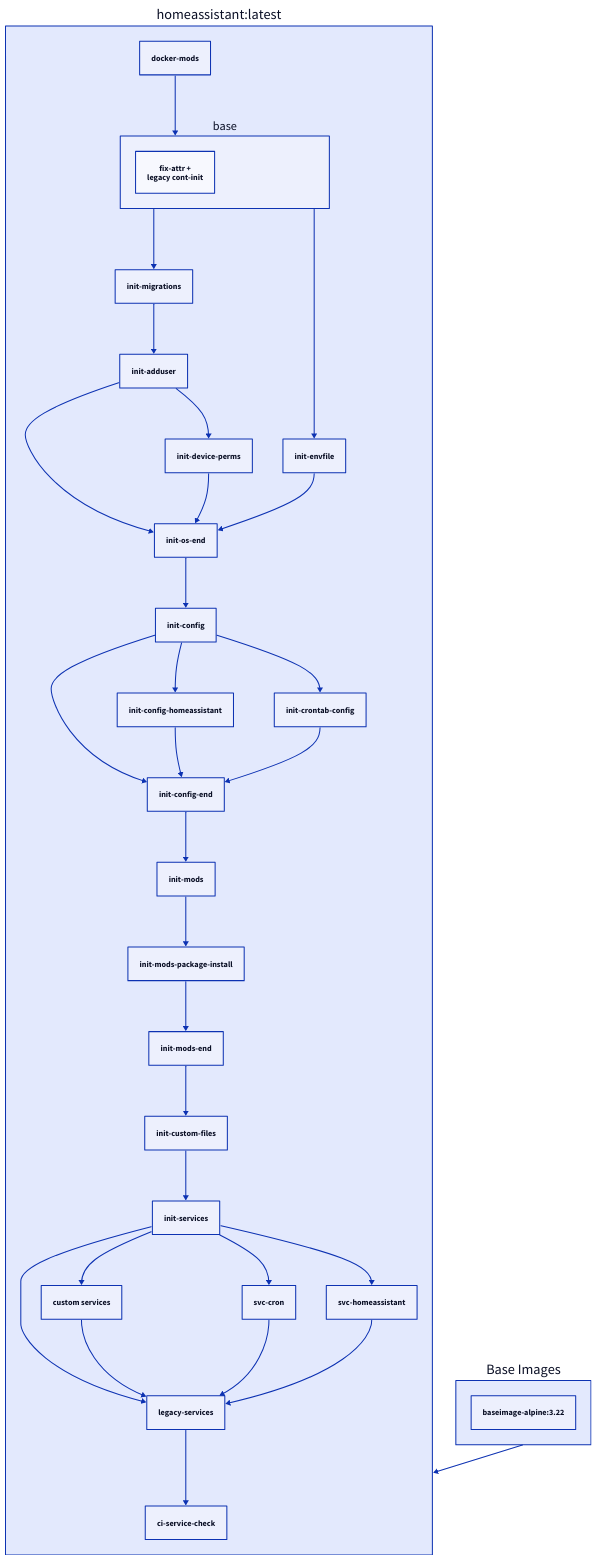
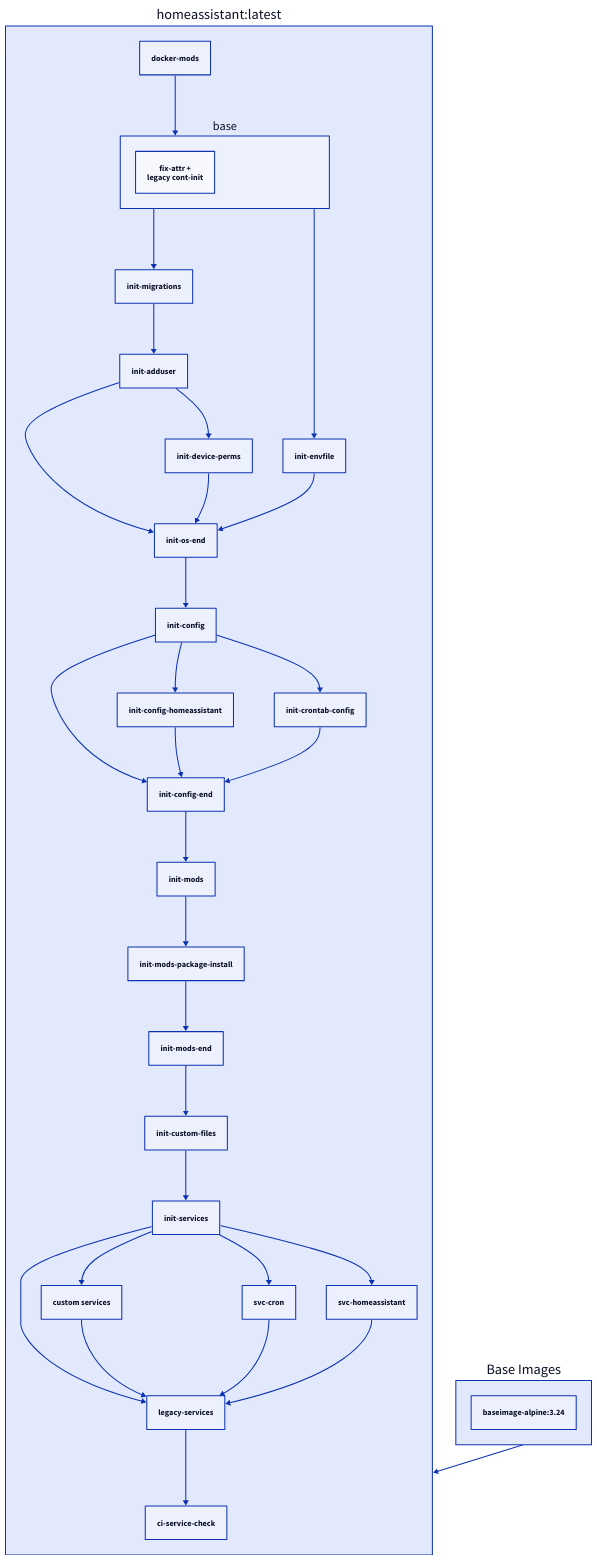
One commit to linuxserver/docker-documentation changed the diagram in docs/images/docker-homeassistant.md. Above: the diagram before and after it, drawn with D2. The commit also changed other lines of this file, not shown here.

Commit message:
Bot Updating Documentation

````diff
--- a/docs/images/docker-homeassistant.md
+++ b/docs/images/docker-homeassistant.md
@@ -329,41 +329,41 @@
     ```d2
     "homeassistant:latest": {
       docker-mods
       base {
         fix-attr +\nlegacy cont-init
       }
       docker-mods -> base
       legacy-services
       custom services
       init-services -> legacy-services
       init-services -> custom services
       custom services -> legacy-services
       legacy-services -> ci-service-check
       init-migrations -> init-adduser
       init-os-end -> init-config
       init-config -> init-config-end
       init-config-homeassistant -> init-config-end
       init-crontab-config -> init-config-end
       init-config -> init-config-homeassistant
       init-config -> init-crontab-config
       init-mods-end -> init-custom-files
       init-adduser -> init-device-perms
       base -> init-envfile
       base -> init-migrations
       init-config-end -> init-mods
       init-mods-package-install -> init-mods-end
       init-mods -> init-mods-package-install
       init-adduser -> init-os-end
       init-device-perms -> init-os-end
       init-envfile -> init-os-end
       init-custom-files -> init-services
       init-services -> svc-cron
       svc-cron -> legacy-services
       init-services -> svc-homeassistant
       svc-homeassistant -> legacy-services
     }
     Base Images: {
-      "baseimage-alpine:3.22"
+      "baseimage-alpine:3.24"
     }
     "homeassistant:latest" <- Base Images
     ```
````
